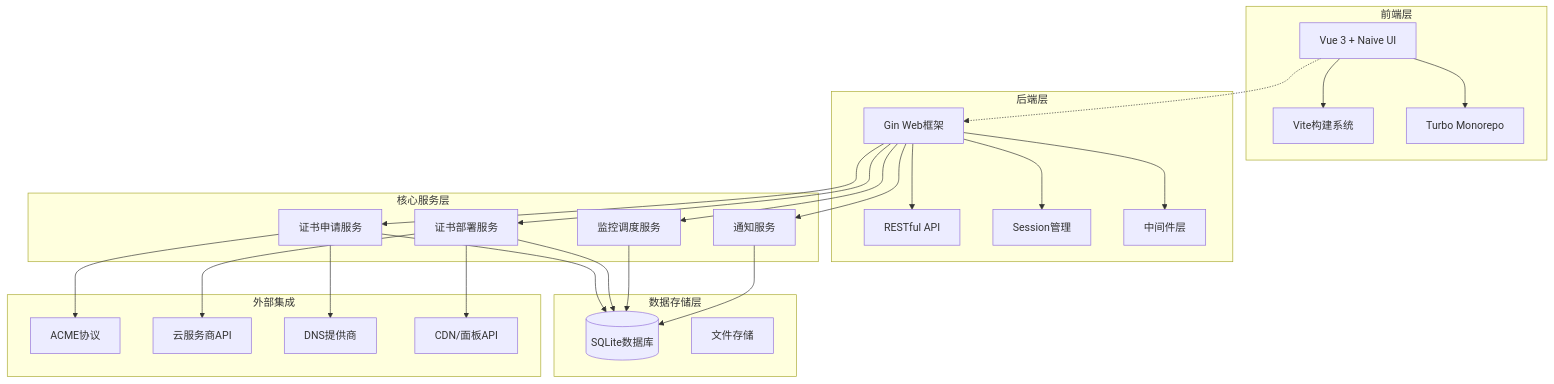
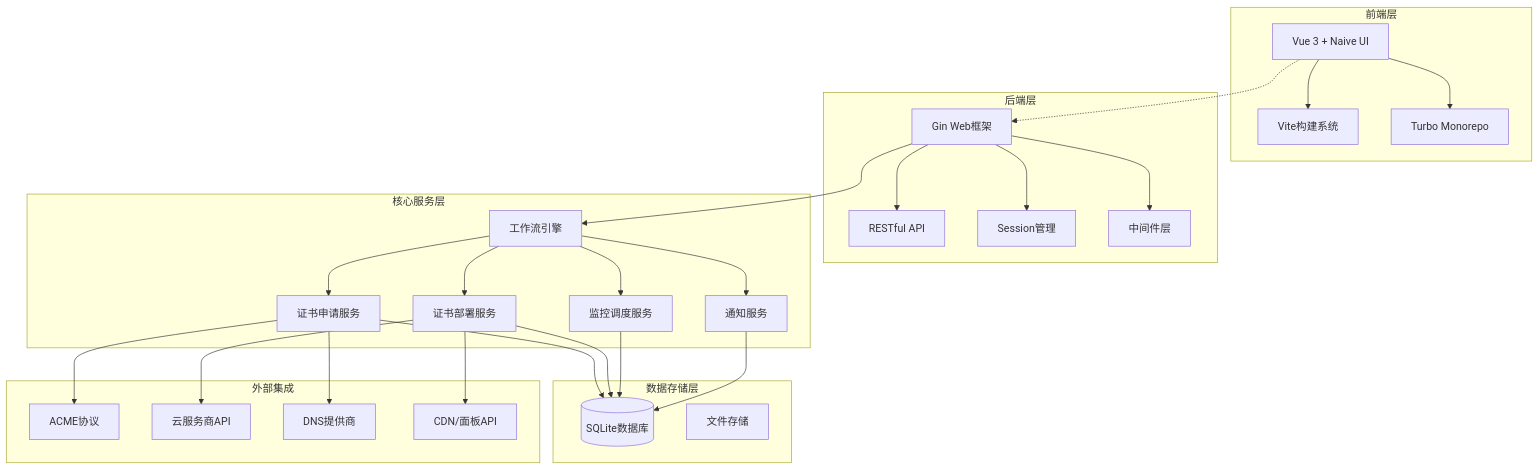
The second of 2 diagrams in README.md (allinssl/allinssl), drawn with Mermaid before and after one commit. The commit also changed other lines of this file, not shown here.

Commit message:
docs: 更新README，调整系统架构图，添加后端和前端依赖细节

````diff
--- a/README.md
+++ b/README.md
@@ -112,48 +112,50 @@
 ```mermaid
 graph TB
     subgraph "前端层"
         A[Vue 3 + Naive UI]
         A --> B[Vite构建系统]
         A --> C[Turbo Monorepo]
     end
     
     subgraph "后端层"
         D[Gin Web框架]
         D --> E[RESTful API]
         D --> F[Session管理]
         D --> G[中间件层]
     end
     
     subgraph "核心服务层"
         H[证书申请服务]
         I[证书部署服务] 
-        J[监控调度服务]
-        K[通知服务]
+        J[工作流引擎]
+        K[监控调度服务]
+        L[通知服务]
     end
     
     subgraph "数据存储层"
-        L[(SQLite数据库)]
-        M[文件存储]
+        M[(SQLite数据库)]
+        N[文件存储]
     end
     
     subgraph "外部集成"
-        N[ACME协议]
-        O[云服务商API]
-        P[DNS提供商]
-        Q[CDN/面板API]
+        O[ACME协议]
+        P[云服务商API]
+        Q[DNS提供商]
+        R[CDN/面板API]
     end
     
     A -.-> D
-    D --> H
-    D --> I
     D --> J
-    D --> K
-    H --> L
-    I --> L
+    J --> H
+    J --> I
+    J --> K
     J --> L
-    K --> L
-    H --> N
-    I --> O
-    H --> P
-    I --> Q
+    H --> M
+    I --> M
+    K --> M
+    L --> M
+    H --> O
+    I --> P
+    H --> Q
+    I --> R
 ```
````
